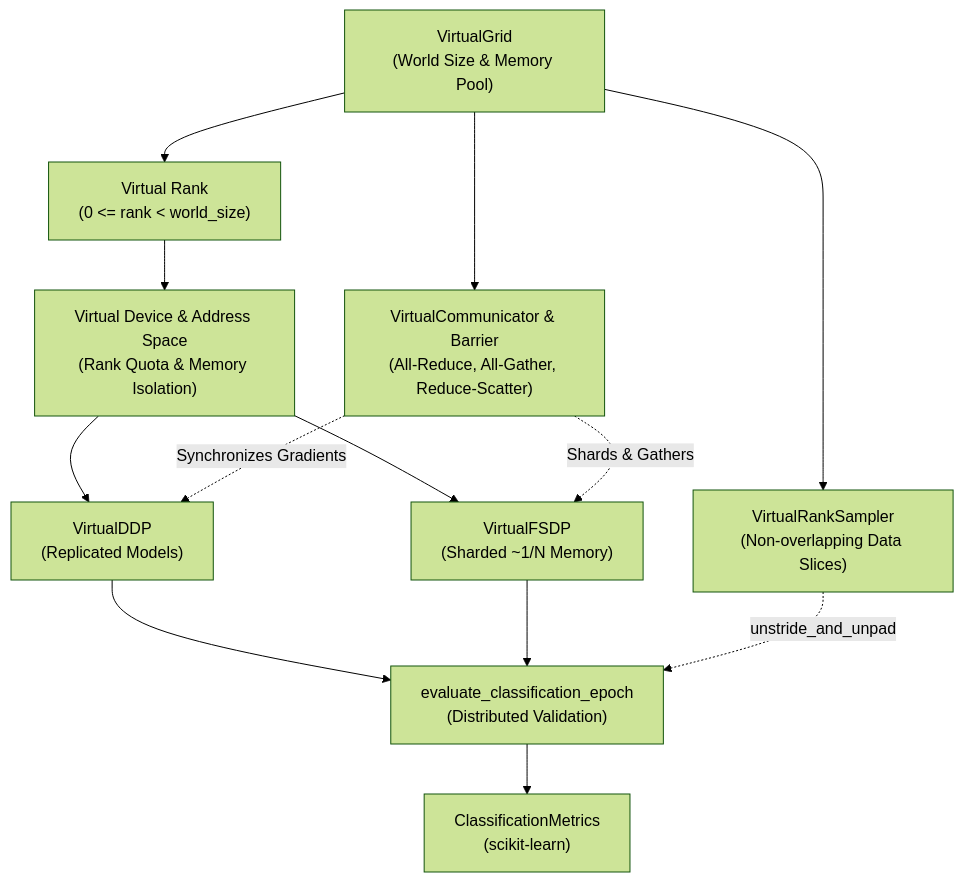
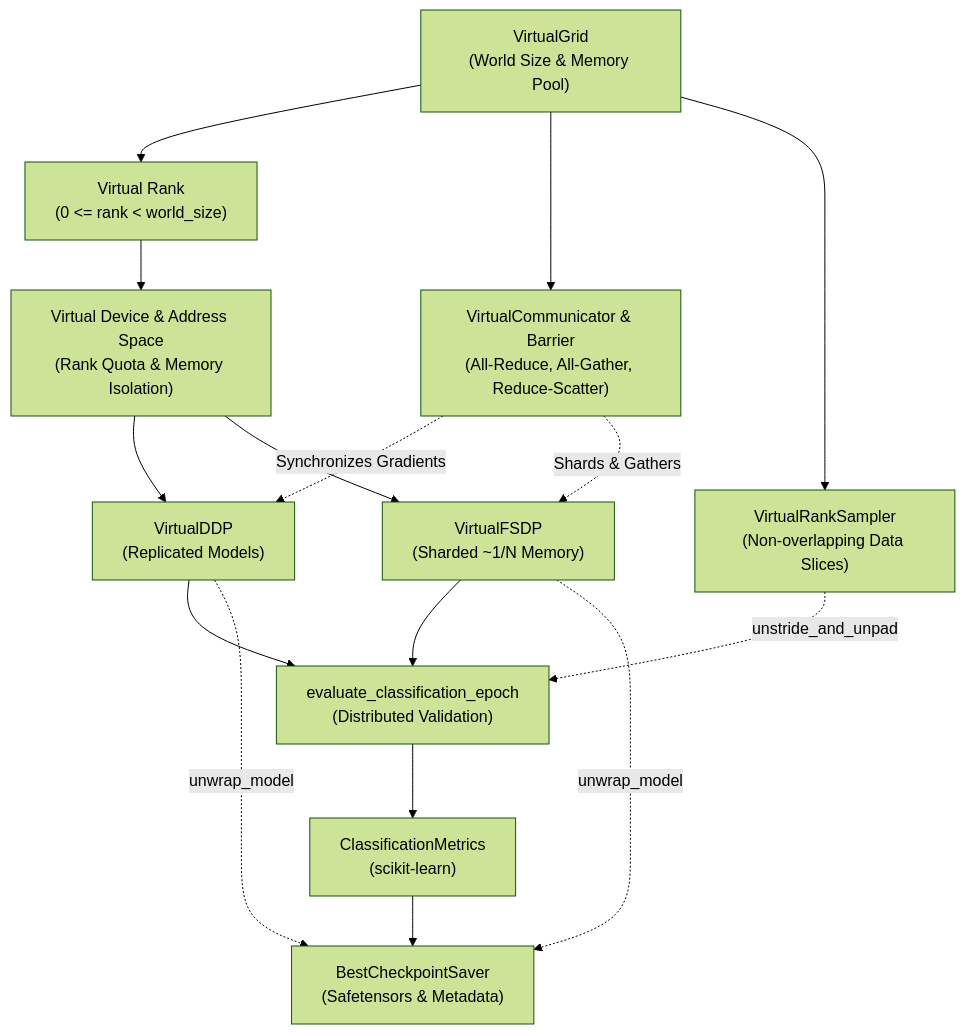
Before and after one commit to rsyue/amd-spare-bedroom: the diagram in GLOSSARY.md, drawn with Mermaid (forest theme). The commit also changed other lines of this file and 10 other files, not shown here.

First line of the commit message:
feat: add single best-metric safetensors + tokenizer checkpoint saving (#5) (#11)

````diff
--- a/GLOSSARY.md
+++ b/GLOSSARY.md
@@ -39,15 +42,18 @@
 ```mermaid
 flowchart TD
     VG["VirtualGrid\n(World Size & Memory Pool)"] --> VR["Virtual Rank\n(0 <= rank < world_size)"]
     VR --> VD["Virtual Device & Address Space\n(Rank Quota & Memory Isolation)"]
     VG --> VC["VirtualCommunicator & Barrier\n(All-Reduce, All-Gather, Reduce-Scatter)"]
     VG --> RS["VirtualRankSampler\n(Non-overlapping Data Slices)"]
     VD --> DDP["VirtualDDP\n(Replicated Models)"]
     VD --> FSDP["VirtualFSDP\n(Sharded ~1/N Memory)"]
     VC -. "Synchronizes Gradients" .-> DDP
     VC -. "Shards & Gathers" .-> FSDP
     DDP --> EVAL["evaluate_classification_epoch\n(Distributed Validation)"]
     FSDP --> EVAL
     RS -. "unstride_and_unpad" .-> EVAL
     EVAL --> METRICS["ClassificationMetrics\n(scikit-learn)"]
+    METRICS --> CKPT["BestCheckpointSaver\n(Safetensors & Metadata)"]
+    DDP -. "unwrap_model" .-> CKPT
+    FSDP -. "unwrap_model" .-> CKPT
 ```
````
